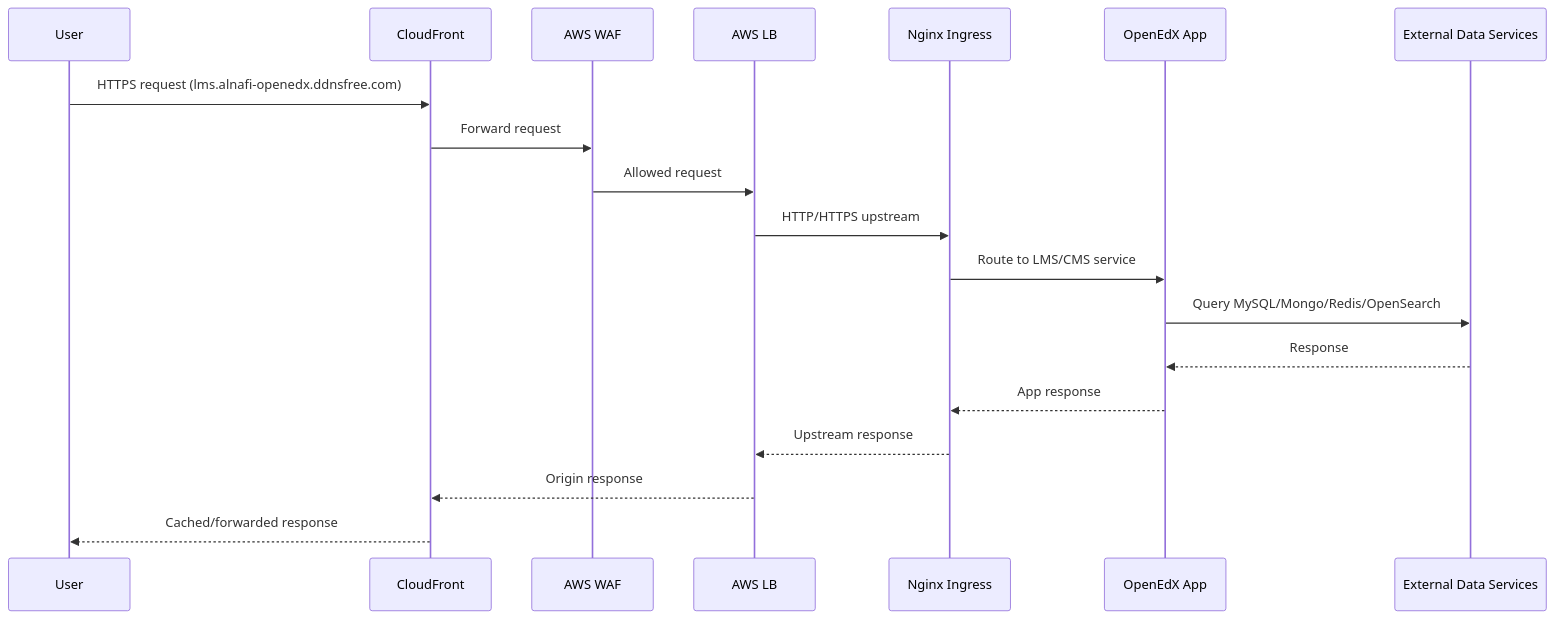
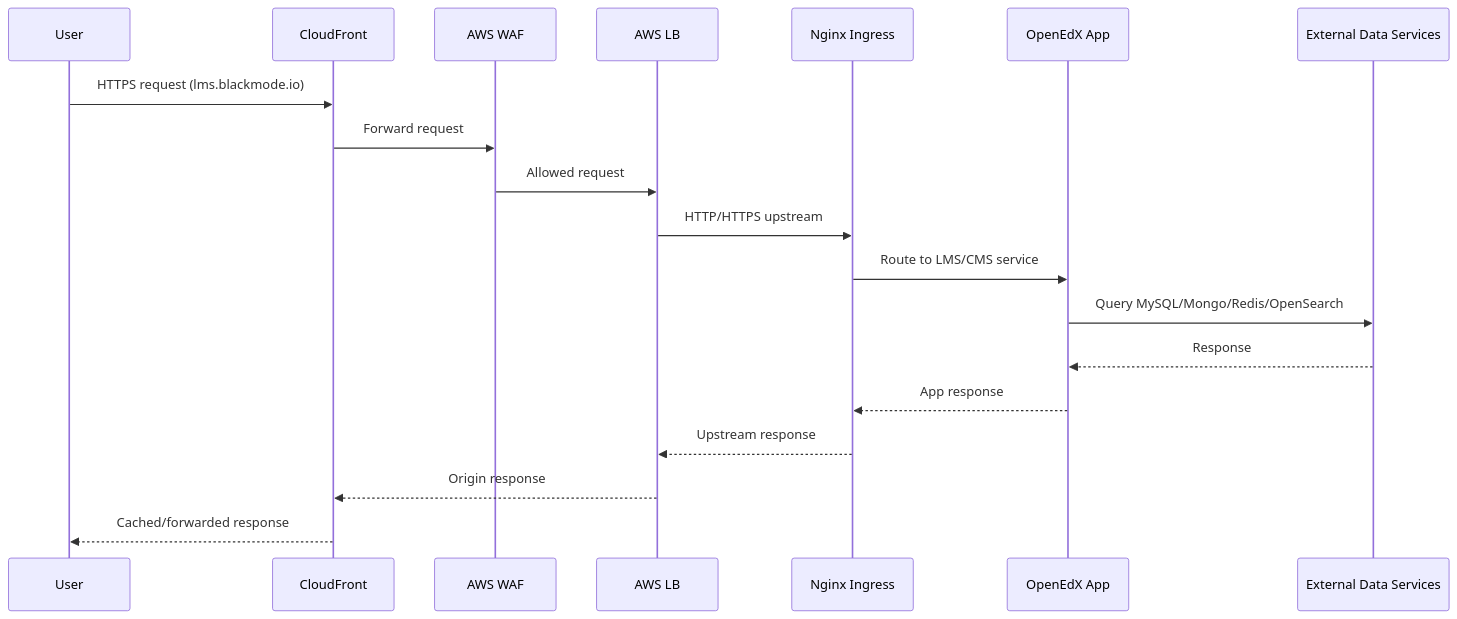
The diagram in diagrams/network-flow.mmd (Eman-gul457/ALnafi-Project), drawn with Mermaid before and after one commit. The commit also changed other lines of this file and 8 other files, not shown here.

````diff
--- a/diagrams/network-flow.mmd
+++ b/diagrams/network-flow.mmd
@@ -3,22 +3,22 @@
 ```mermaid
 sequenceDiagram
   participant U as User
   participant CF as CloudFront
   participant W as AWS WAF
   participant LB as AWS LB
   participant N as Nginx Ingress
   participant A as OpenEdX App
   participant D as External Data Services
 
-  U->>CF: HTTPS request (lms.alnafi-openedx.ddnsfree.com)
+  U->>CF: HTTPS request (lms.blackmode.io)
   CF->>W: Forward request
   W->>LB: Allowed request
   LB->>N: HTTP/HTTPS upstream
   N->>A: Route to LMS/CMS service
   A->>D: Query MySQL/Mongo/Redis/OpenSearch
   D-->>A: Response
   A-->>N: App response
   N-->>LB: Upstream response
   LB-->>CF: Origin response
   CF-->>U: Cached/forwarded response
 ```
````
